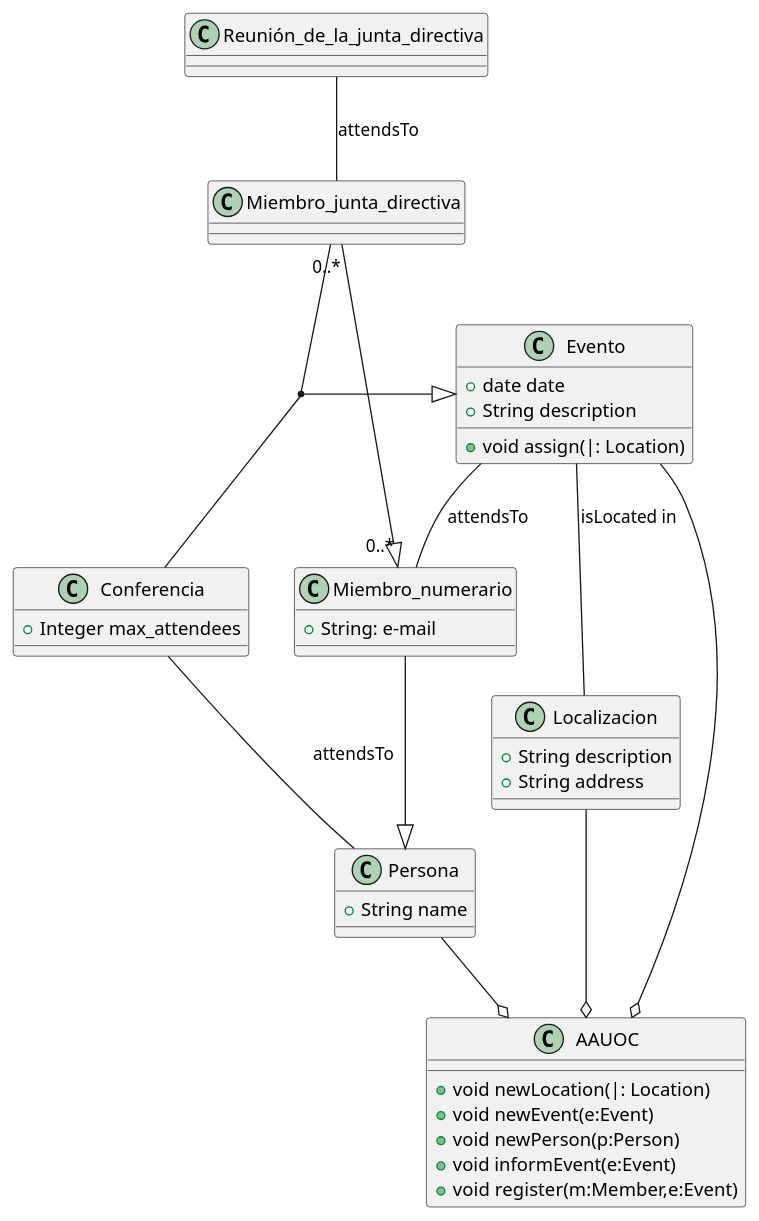
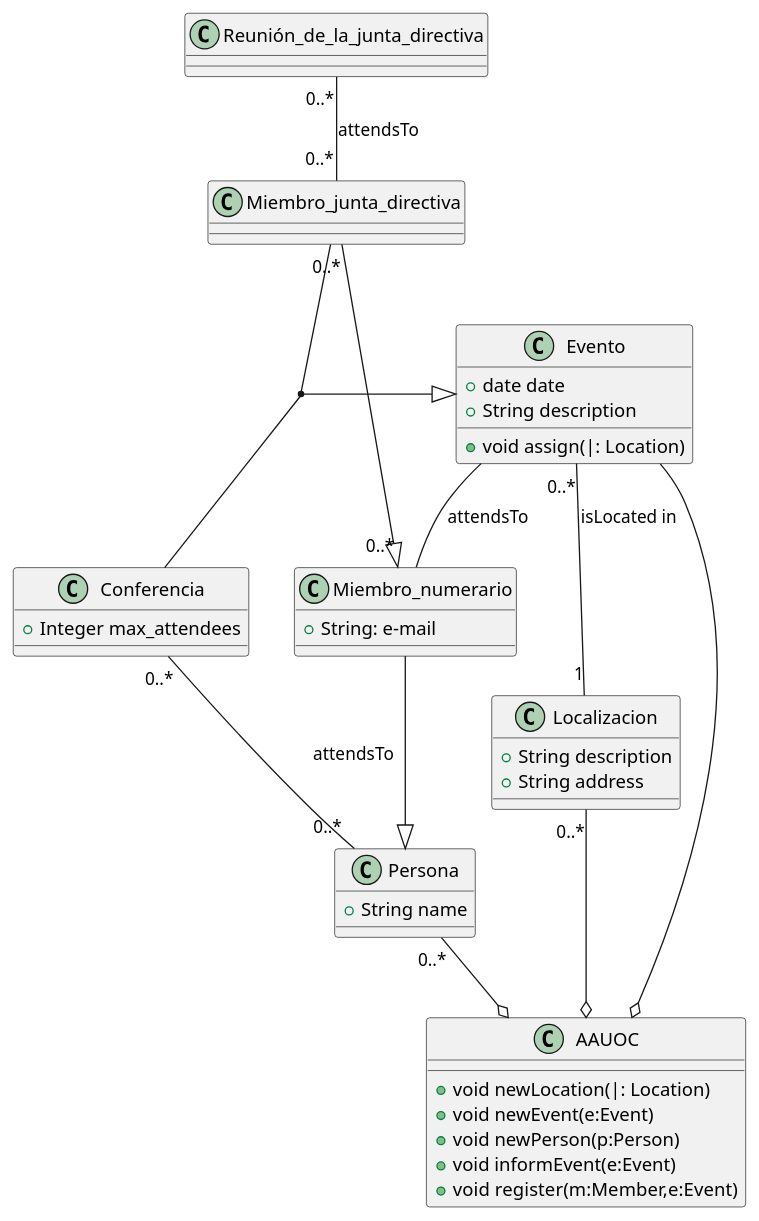
The diagram in src/PabloDiagrama.puml (moevius237/Practica-Diagramas-UML-PAblo), drawn with PlantUML before and after one commit.

Commit message:
Todas las cardinalidades añadidas

```diff
--- a/src/PabloDiagrama.puml
+++ b/src/PabloDiagrama.puml
@@ -1,50 +1,50 @@
 @startuml
 class Miembro_numerario{
  +String: e-mail
 }
 
 class Miembro_junta_directiva
 
 class Conferencia {
  +Integer max_attendees
 
 }
 
 class Evento {
  +date date
  +String description
  +void assign(|: Location)
 }
 
 class Reunión_de_la_junta_directiva
 
 class Localizacion {
 +String description
  +String address
 }
 
 class Persona{
 +String name
 
 }
 
 class AAUOC{
 +void newLocation(|: Location)
     +void newEvent(e:Event)
     +void newPerson(p:Person)
     +void informEvent(e:Event)
     +void register(m:Member,e:Event)
 
 }
 
 Miembro_numerario--|>Persona
 Miembro_junta_directiva"0..*"--|>"0..*"Miembro_numerario
-(Miembro_junta_directiva, Conferencia) --|> Evento
+(Miembro_junta_directiva, Conferencia) "0..*" --|> "0..*" Evento
 Evento -- Miembro_numerario :attendsTo
 Evento --o AAUOC
-Evento -- Localizacion:isLocated in
-Localizacion --o AAUOC
-Persona --o AAUOC
-Reunión_de_la_junta_directiva -- Miembro_junta_directiva :attendsTo
-Conferencia -- Persona :attendsTo
+Evento "0..*" -- "1" Localizacion:isLocated in
+Localizacion "0..*" --o AAUOC
+Persona "0..*" --o AAUOC
+Reunión_de_la_junta_directiva "0..*" -- "0..*" Miembro_junta_directiva :attendsTo
+Conferencia "0..*" -- "0..*" Persona :attendsTo
 @enduml
```
